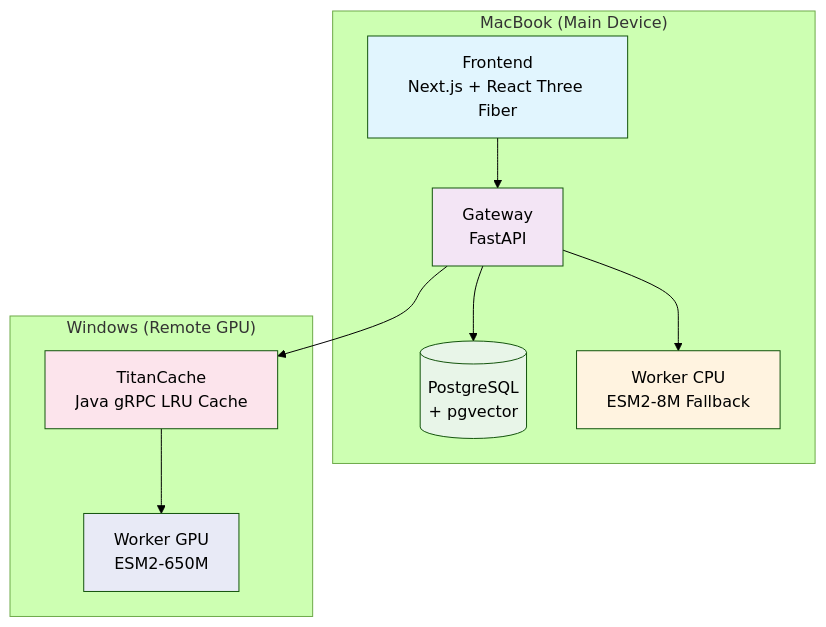
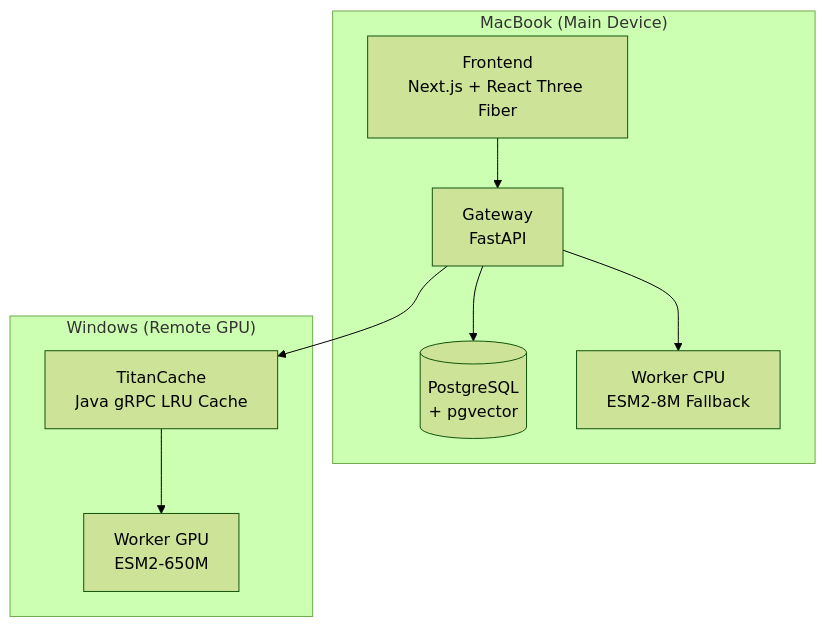
Before and after one commit to imrahnf/helix-stream: the diagram in README.md, drawn with Mermaid (forest theme). The commit also changed other lines of this file and 3 other files, not shown here.

````diff
--- a/README.md
+++ b/README.md
@@ -26,27 +26,20 @@
 ```mermaid
 graph TB
     subgraph "MacBook (Main Device)"
         FE[Frontend<br/>Next.js + React Three Fiber]
         GW[Gateway<br/>FastAPI]
         DB[(PostgreSQL<br/>+ pgvector)]
         CPU[Worker CPU<br/>ESM2-8M Fallback]
     end
     
     subgraph "Windows (Remote GPU)"
         TC[TitanCache<br/>Java gRPC LRU Cache]
         GPU[Worker GPU<br/>ESM2-650M]
     end
     
     FE --> GW
     GW --> DB
     GW --> TC
     TC --> GPU
     GW --> CPU
-    
-    style FE fill:#e1f5fe
-    style GW fill:#f3e5f5
-    style DB fill:#e8f5e8
-    style CPU fill:#fff3e0
-    style TC fill:#fce4ec
-    style GPU fill:#e8eaf6
 ```
````
